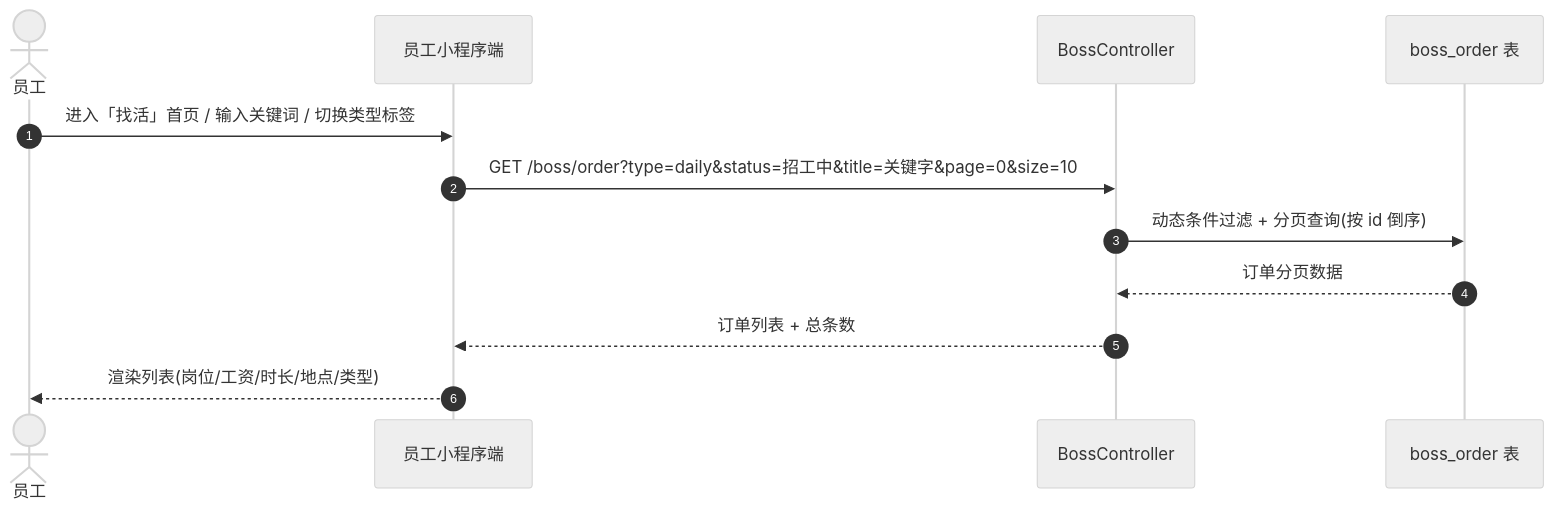
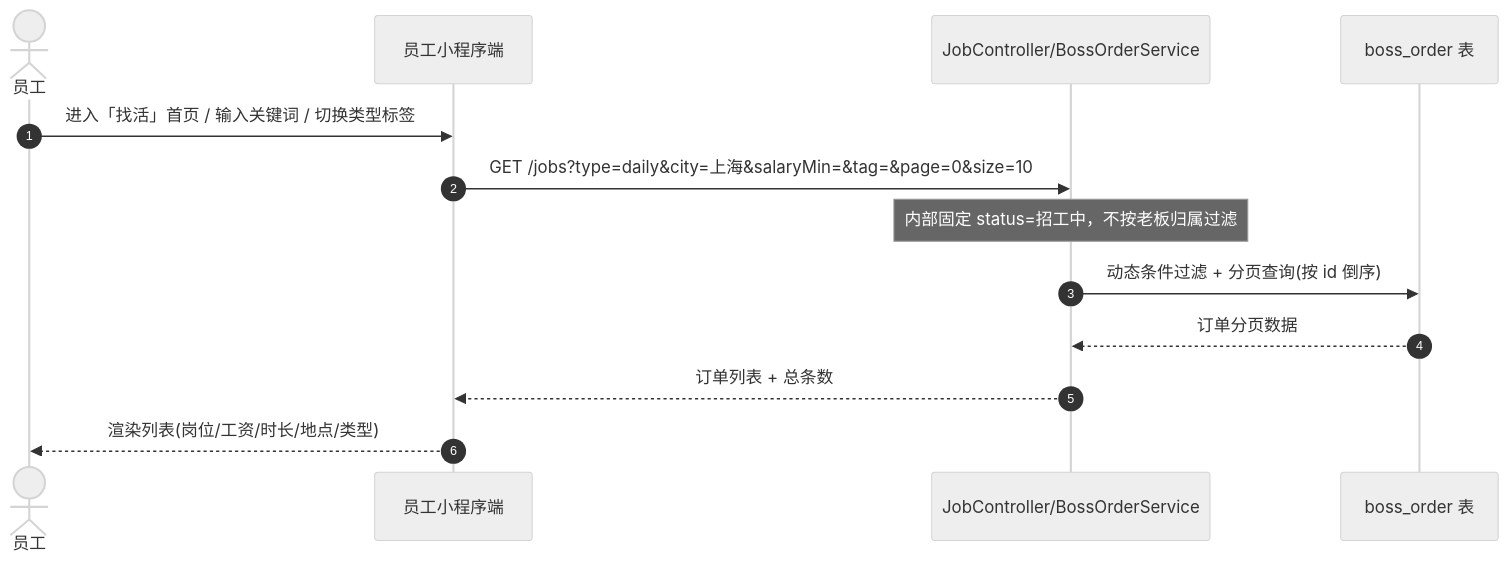
One commit to liuli-eng/Kuaima changed diagram 11 of 28 in kuaima_backend/FLOW.md. Above: the diagram before and after it, drawn with Mermaid (neutral theme). The commit also changed other lines of this file and 33 other files, not shown here.

````diff
--- a/kuaima_backend/FLOW.md
+++ b/kuaima_backend/FLOW.md
@@ -248,15 +297,16 @@
 ```mermaid
 sequenceDiagram
     autonumber
     actor E as 员工
     participant MP as 员工小程序端
-    participant BE as BossController
+    participant BE as JobController/BossOrderService
     participant DB as boss_order 表
 
     E->>MP: 进入「找活」首页 / 输入关键词 / 切换类型标签
-    MP->>BE: GET /boss/order?type=daily&status=招工中&title=关键字&page=0&size=10
+    MP->>BE: GET /jobs?type=daily&city=上海&salaryMin=&tag=&page=0&size=10
+    Note over BE: 内部固定 status=招工中，不按老板归属过滤
     BE->>DB: 动态条件过滤 + 分页查询(按 id 倒序)
     DB-->>BE: 订单分页数据
     BE-->>MP: 订单列表 + 总条数
     MP-->>E: 渲染列表(岗位/工资/时长/地点/类型)
 ```
````
